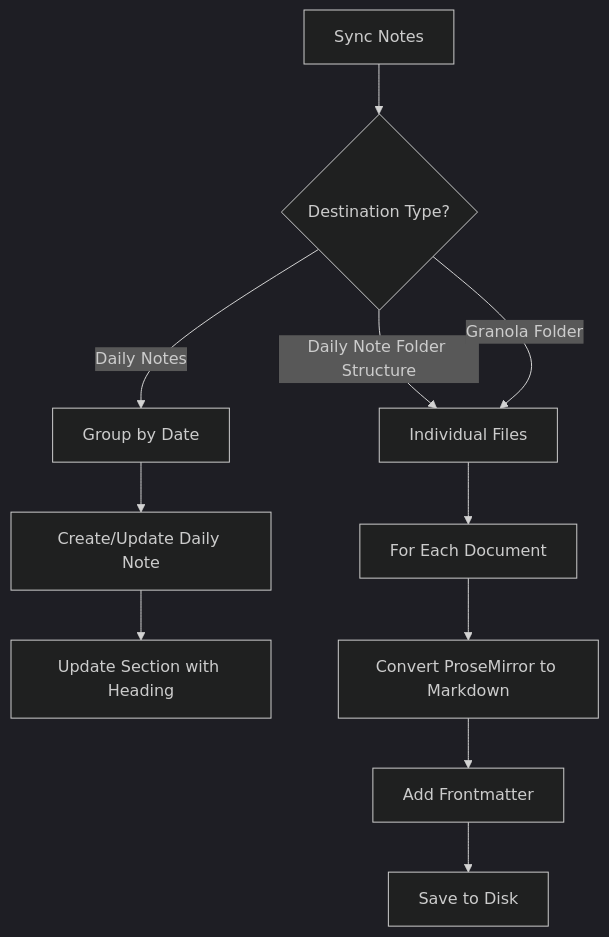
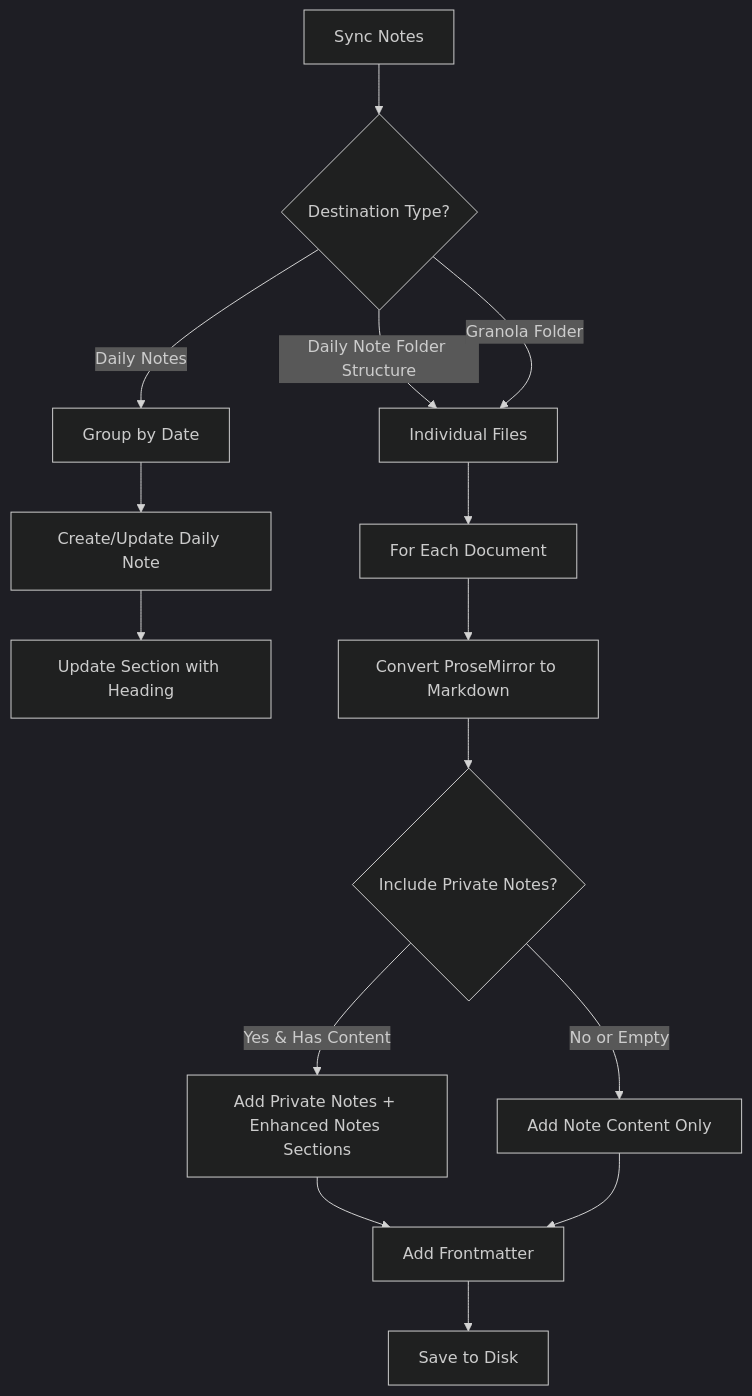
One commit to tomelliot/obsidian-granola-sync changed the fifth of 7 diagrams in docs/sync-process.md. Above: the diagram before and after it, drawn with Mermaid (dark theme). The commit also changed other lines of this file and 6 other files, not shown here.

Commit message:
feat: Add support for including private notes in synced documents

````diff
--- a/docs/sync-process.md
+++ b/docs/sync-process.md
@@ -185,15 +186,19 @@
 ```mermaid
 flowchart TD
     A[Sync Notes] --> B{Destination Type?}
     B -->|Daily Notes| C[Group by Date]
     B -->|Daily Note Folder Structure| D[Individual Files]
     B -->|Granola Folder| D
 
     C --> E[Create/Update Daily Note]
     E --> F[Update Section with Heading]
 
     D --> G[For Each Document]
     G --> H[Convert ProseMirror to Markdown]
-    H --> I[Add Frontmatter]
+    H --> H1{Include Private Notes?}
+    H1 -->|Yes & Has Content| H2[Add Private Notes + Enhanced Notes Sections]
+    H1 -->|No or Empty| H3[Add Note Content Only]
+    H2 --> I[Add Frontmatter]
+    H3 --> I
     I --> J[Save to Disk]
 ```
````
